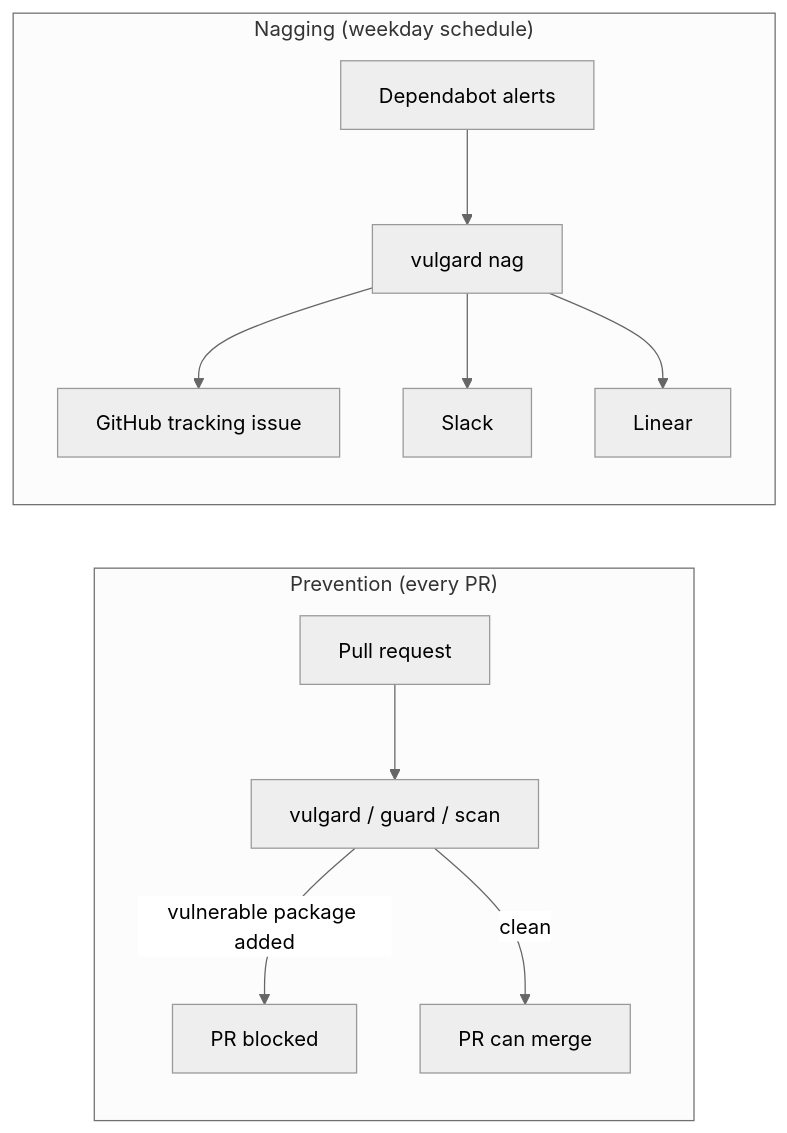
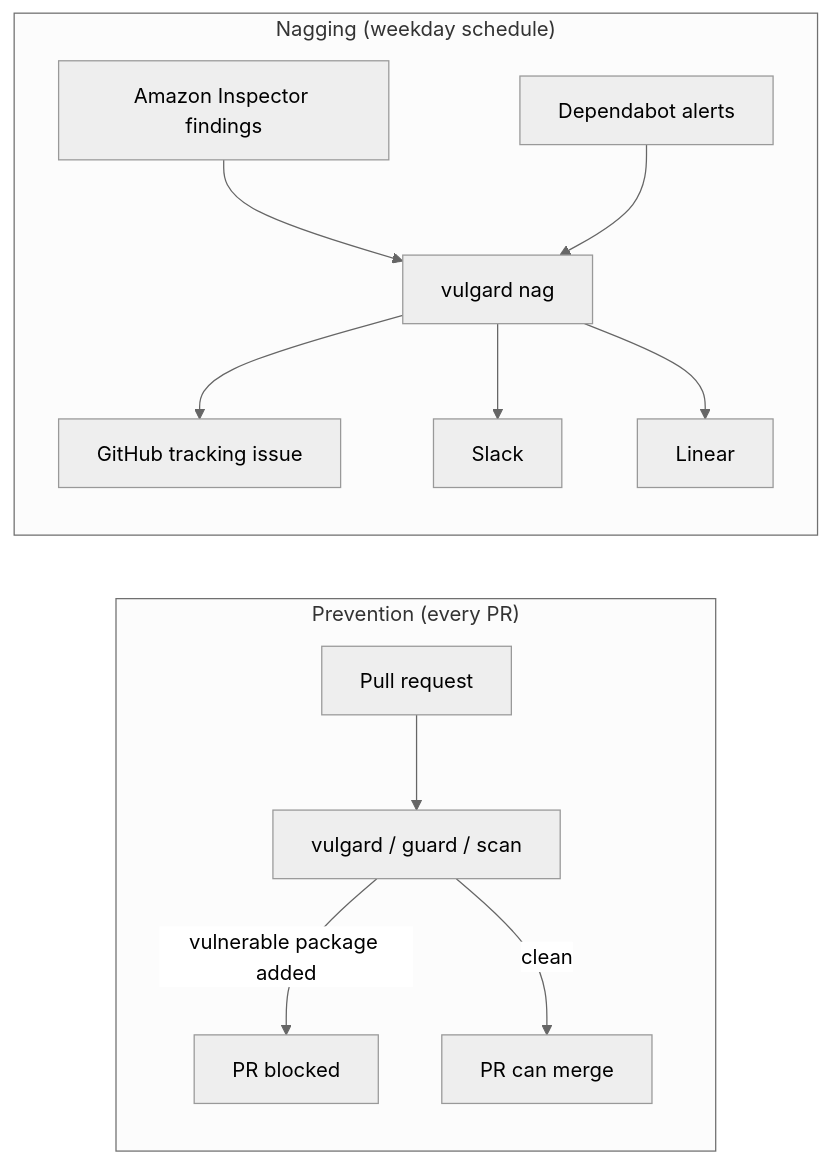
The diagram in docs/how-it-works.md (dream-lab-ai/vulgard), drawn with Mermaid (neutral theme) before and after one commit. The commit also changed other lines of this file and 5 other files, not shown here.

Commit message:
SEC-11: Document Amazon Inspector as vulgard's main vulnerability source (#36)

````diff
--- a/docs/how-it-works.md
+++ b/docs/how-it-works.md
@@ -65,14 +79,15 @@
 ```mermaid
 flowchart LR
     subgraph prevention["Prevention (every PR)"]
         PR[Pull request] --> Check["vulgard / guard / scan"]
         Check -->|vulnerable package added| Block[PR blocked]
         Check -->|clean| Merge[PR can merge]
     end
     subgraph nagging["Nagging (weekday schedule)"]
-        Alerts[Dependabot alerts] --> Nag[vulgard nag]
+        Inspector[Amazon Inspector findings] --> Nag[vulgard nag]
+        Alerts[Dependabot alerts] --> Nag
         Nag --> Issue[GitHub tracking issue]
         Nag --> Slack[Slack]
         Nag --> Linear[Linear]
     end
 ```
````
